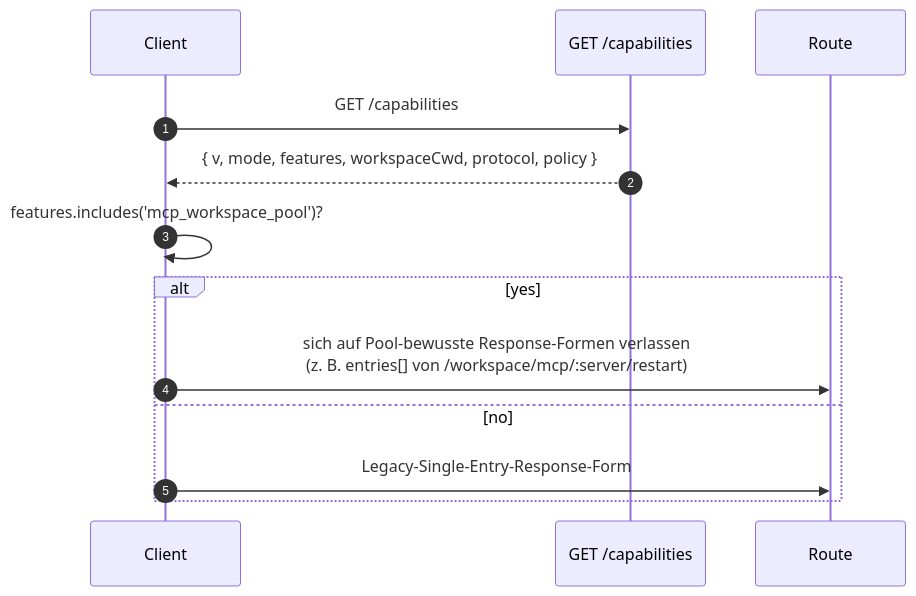
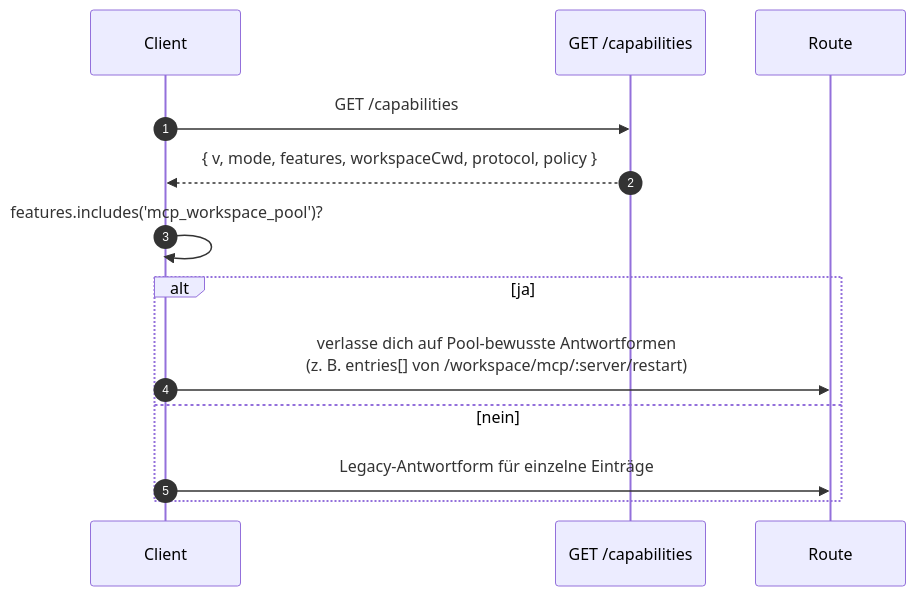
The second of 2 diagrams in website/content/de/developers/daemon/11-capabilities-versioning.md (QwenLM/qwen-code-docs), drawn with Mermaid before and after one commit. The commit also changed other lines of this file and 128 other files, not shown here.

````diff
--- a/website/content/de/developers/daemon/11-capabilities-versioning.md
+++ b/website/content/de/developers/daemon/11-capabilities-versioning.md
@@ -142,16 +142,16 @@
 ```mermaid
 sequenceDiagram
     autonumber
     participant C as Client
     participant D as GET /capabilities
     participant R as Route
 
     C->>D: GET /capabilities
     D-->>C: { v, mode, features, workspaceCwd, protocol, policy }
     C->>C: features.includes('mcp_workspace_pool')?
-    alt yes
-        C->>R: sich auf Pool-bewusste Response-Formen verlassen<br/>(z. B. entries[] von /workspace/mcp/:server/restart)
-    else no
-        C->>R: Legacy-Single-Entry-Response-Form
+    alt ja
+        C->>R: verlasse dich auf Pool-bewusste Antwortformen<br/>(z. B. entries[] von /workspace/mcp/:server/restart)
+    else nein
+        C->>R: Legacy-Antwortform für einzelne Einträge
     end
 ```
````
